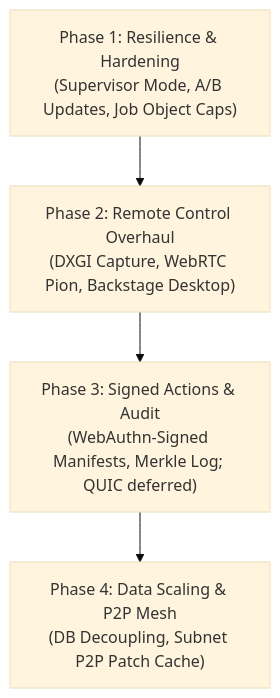
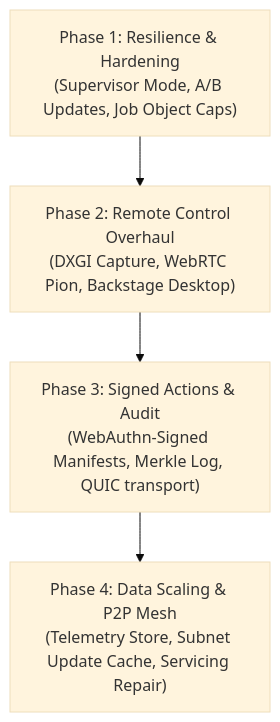
The diagram in docs/ROADMAP.md (MonsterCouch/homelab-rmm), drawn with Mermaid (base theme) before and after one commit. The commit also changed other lines of this file and 111 other files, not shown here.

````diff
--- a/docs/ROADMAP.md
+++ b/docs/ROADMAP.md
@@ -21,9 +21,9 @@
 ```mermaid
 flowchart TD
     P1["Phase 1: Resilience & Hardening<br/>(Supervisor Mode, A/B Updates, Job Object Caps)"]
     P2["Phase 2: Remote Control Overhaul<br/>(DXGI Capture, WebRTC Pion, Backstage Desktop)"]
-    P3["Phase 3: Signed Actions & Audit<br/>(WebAuthn-Signed Manifests, Merkle Log; QUIC deferred)"]
-    P4["Phase 4: Data Scaling & P2P Mesh<br/>(DB Decoupling, Subnet P2P Patch Cache)"]
+    P3["Phase 3: Signed Actions & Audit<br/>(WebAuthn-Signed Manifests, Merkle Log, QUIC transport)"]
+    P4["Phase 4: Data Scaling & P2P Mesh<br/>(Telemetry Store, Subnet Update Cache, Servicing Repair)"]
 
     P1 --> P2 --> P3 --> P4
 ```
````
